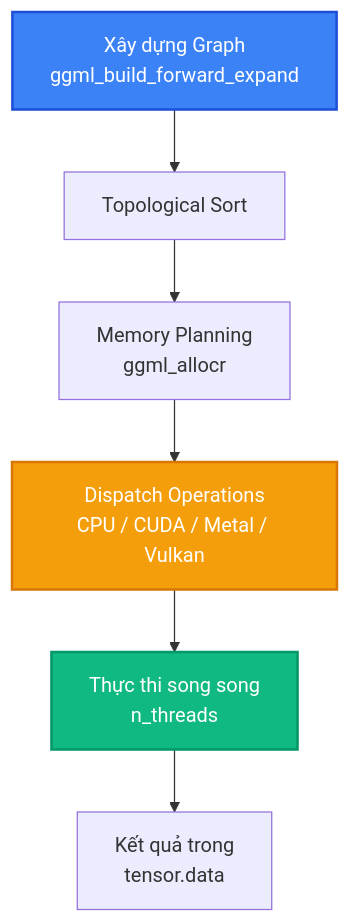
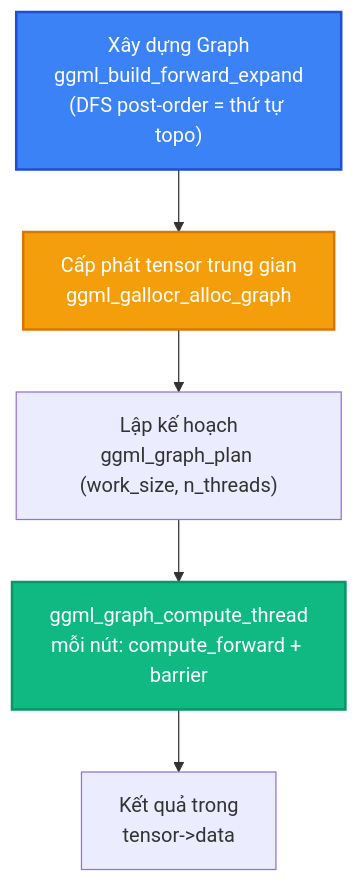
One commit to tuandung222/llama-cpp-architecture-lectures changed the second of 2 diagrams in docs/lesson_1_ggml_tensor_library.md. Above: the diagram before and after it, drawn with Mermaid. The commit also changed other lines of this file and 10 other files, not shown here.

````diff
--- a/docs/lesson_1_ggml_tensor_library.md
+++ b/docs/lesson_1_ggml_tensor_library.md
@@ -254,12 +319,11 @@
 ```mermaid
 graph TD
-    Build[Xây dựng Graph\nggml_build_forward_expand] --> Sort[Topological Sort]
-    Sort --> Plan[Memory Planning\nggml_allocr]
-    Plan --> Dispatch[Dispatch Operations\nCPU / CUDA / Metal / Vulkan]
-    Dispatch --> Execute[Thực thi song song\nn_threads]
-    Execute --> Result[Kết quả trong\ntensor.data]
+    Build["Xây dựng Graph\nggml_build_forward_expand\n(DFS post-order = thứ tự topo)"] --> Alloc["Cấp phát tensor trung gian\nggml_gallocr_alloc_graph"]
+    Alloc --> Plan["Lập kế hoạch\nggml_graph_plan (work_size, n_threads)"]
+    Plan --> Execute["ggml_graph_compute_thread\nmỗi nút: compute_forward + barrier"]
+    Execute --> Result["Kết quả trong\ntensor->data"]
 
     style Build fill:#3b82f6,stroke:#1d4ed8,stroke-width:2px,color:#fff
-    style Dispatch fill:#f59e0b,stroke:#d97706,stroke-width:2px,color:#fff
+    style Alloc fill:#f59e0b,stroke:#d97706,stroke-width:2px,color:#fff
     style Execute fill:#10b981,stroke:#059669,stroke-width:2px,color:#fff
 ```
````
